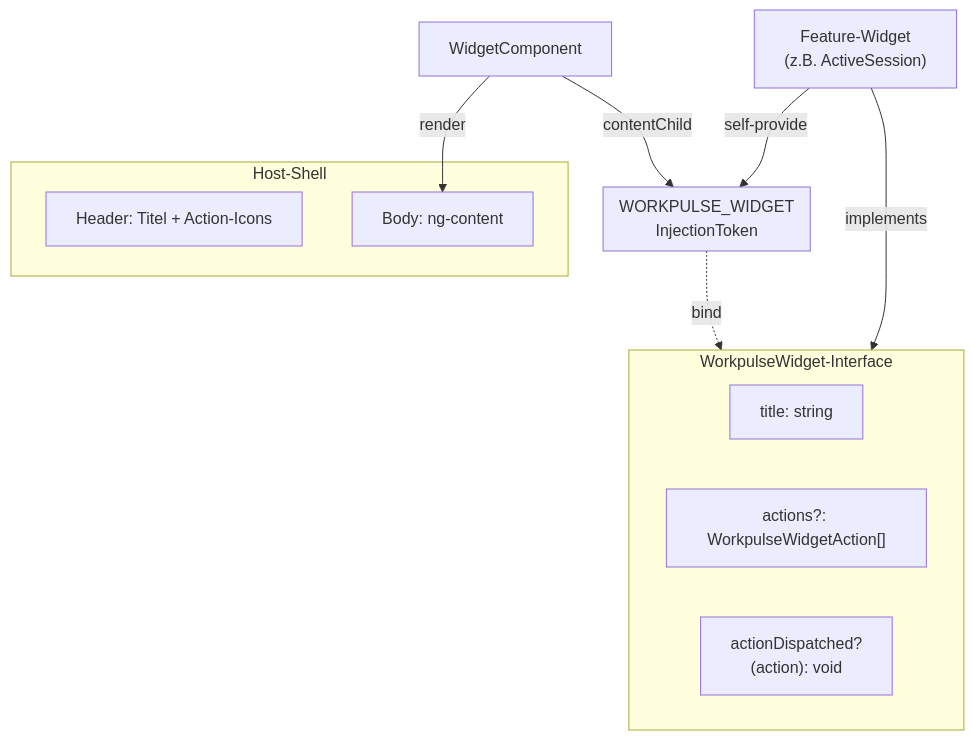
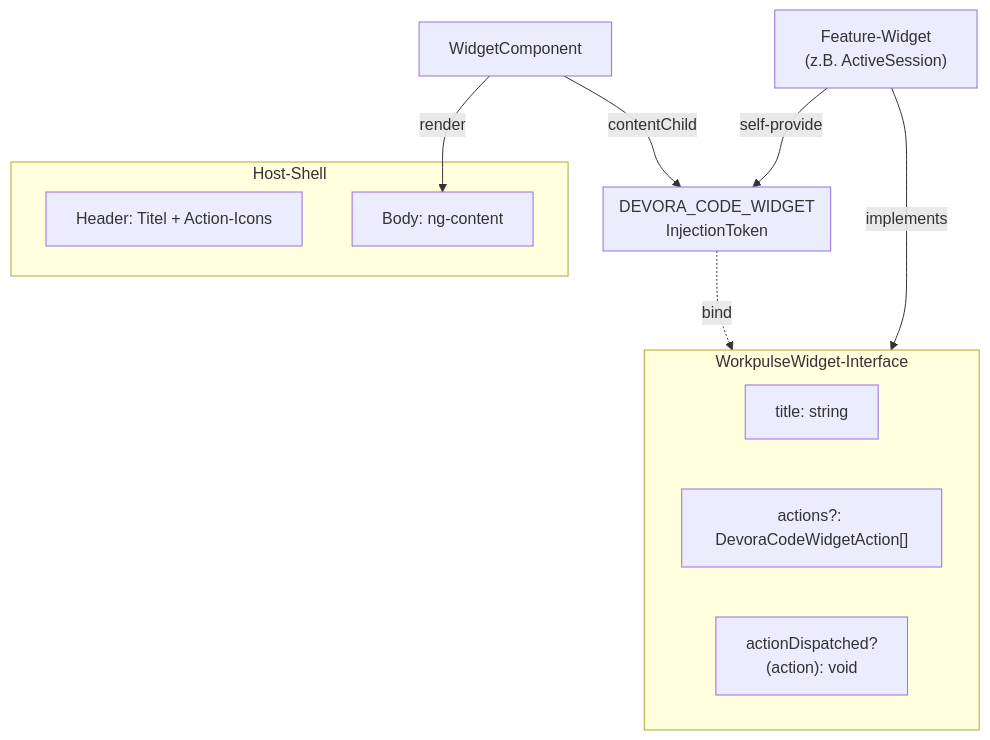
The diagram in devora-code-webview/docs/widget-system.md (r-hannuschka/devora-code), drawn with Mermaid before and after one commit. The commit also changed other lines of this file and 25 other files, not shown here.

First line of the commit message:
refactor: complete brand rename from Workpulse to Devora Code

````diff
--- a/devora-code-webview/docs/widget-system.md
+++ b/devora-code-webview/docs/widget-system.md
@@ -11,24 +11,24 @@
 ```mermaid
 flowchart TD
     Host["WidgetComponent\n<devora-code-widget>"]
 
     subgraph HostInner["Host-Shell"]
         Header["Header: Titel + Action-Icons"]
         Body["Body: ng-content"]
     end
 
     subgraph Contract["WorkpulseWidget-Interface"]
         C1["title: string"]
-        C2["actions?: WorkpulseWidgetAction[]"]
+        C2["actions?: DevoraCodeWidgetAction[]"]
         C3["actionDispatched?\n(action): void"]
     end
 
-    subgraph Token["WORKPULSE_WIDGET\nInjectionToken"]
+    subgraph Token["DEVORA_CODE_WIDGET\nInjectionToken"]
     end
 
     Widget["Feature-Widget\n(z.B. ActiveSession)"] -->|implements| Contract
     Widget -->|self-provide| Token
     Host -->|contentChild| Token
     Token -.->|bind| Contract
     Host -->|render| Body
 ```
````
